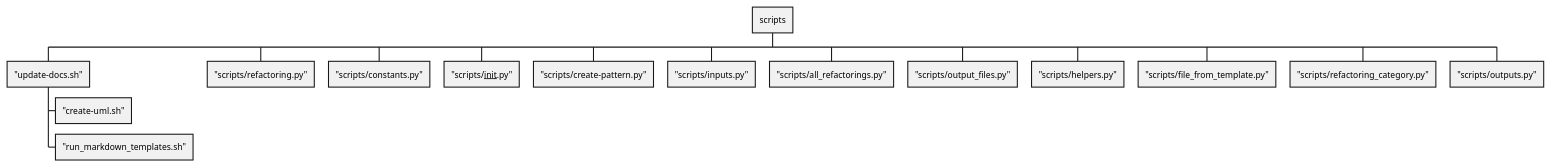
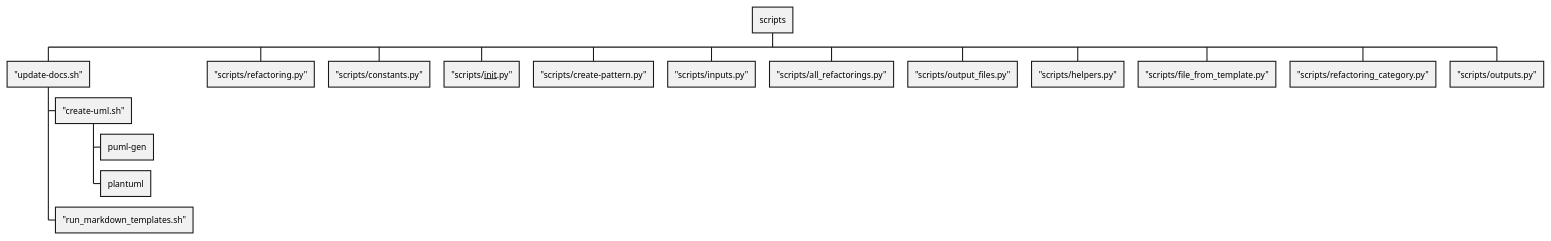
The diagram in uml/Scripts/Scripts.puml (claremacrae/RefactoringSamples), drawn with PlantUML before and after one commit.

Commit message:
Document what "create-uml.sh" calls

```diff
--- a/uml/Scripts/Scripts.puml
+++ b/uml/Scripts/Scripts.puml
@@ -1,19 +1,21 @@
 @startwbs
 
 * scripts
 **  "update-docs.sh"
 ***  "create-uml.sh"
+**** puml-gen
+**** plantuml
 ***  "run_markdown_templates.sh"
 **  "scripts/refactoring.py"
 **  "scripts/constants.py"
 **  "scripts/__init__.py"
 **  "scripts/create-pattern.py"
 **  "scripts/inputs.py"
 **  "scripts/all_refactorings.py"
 **  "scripts/output_files.py"
 **  "scripts/helpers.py"
 **  "scripts/file_from_template.py"
 **  "scripts/refactoring_category.py"
 **  "scripts/outputs.py"
 
 @endwbs
```
